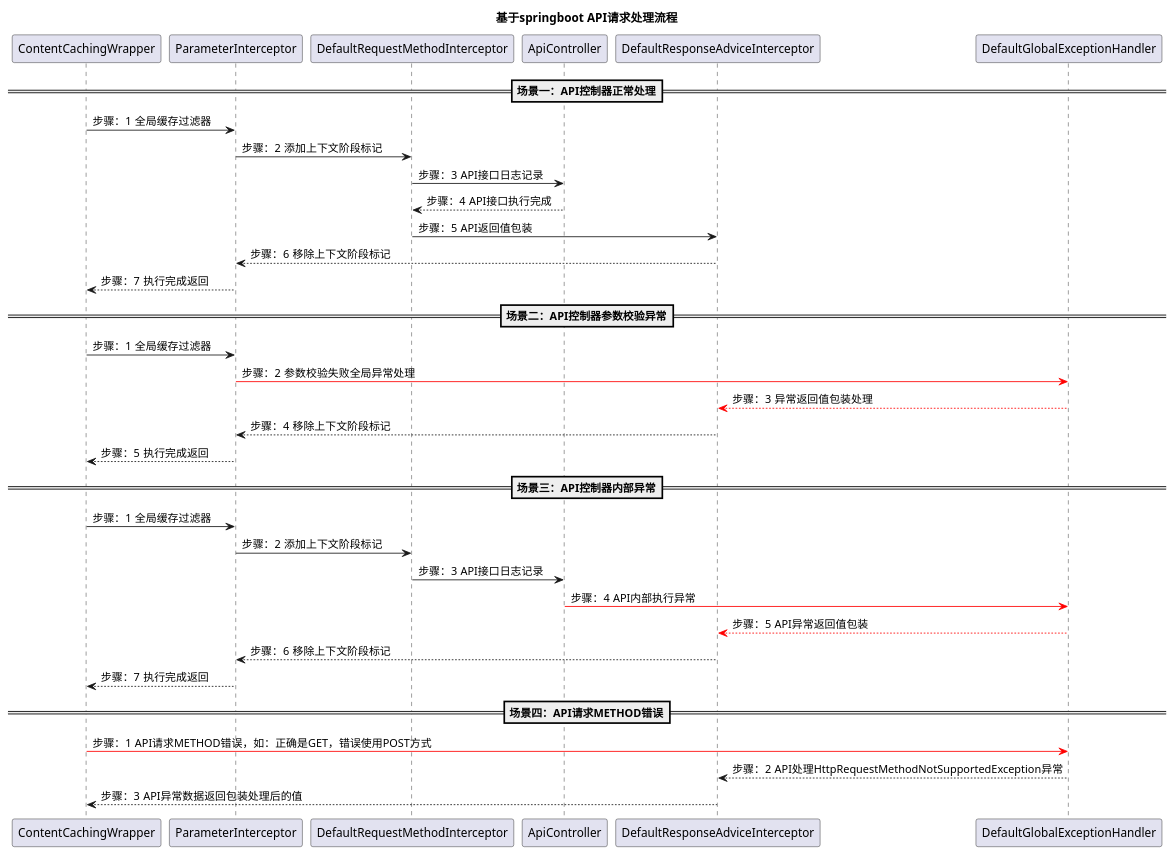
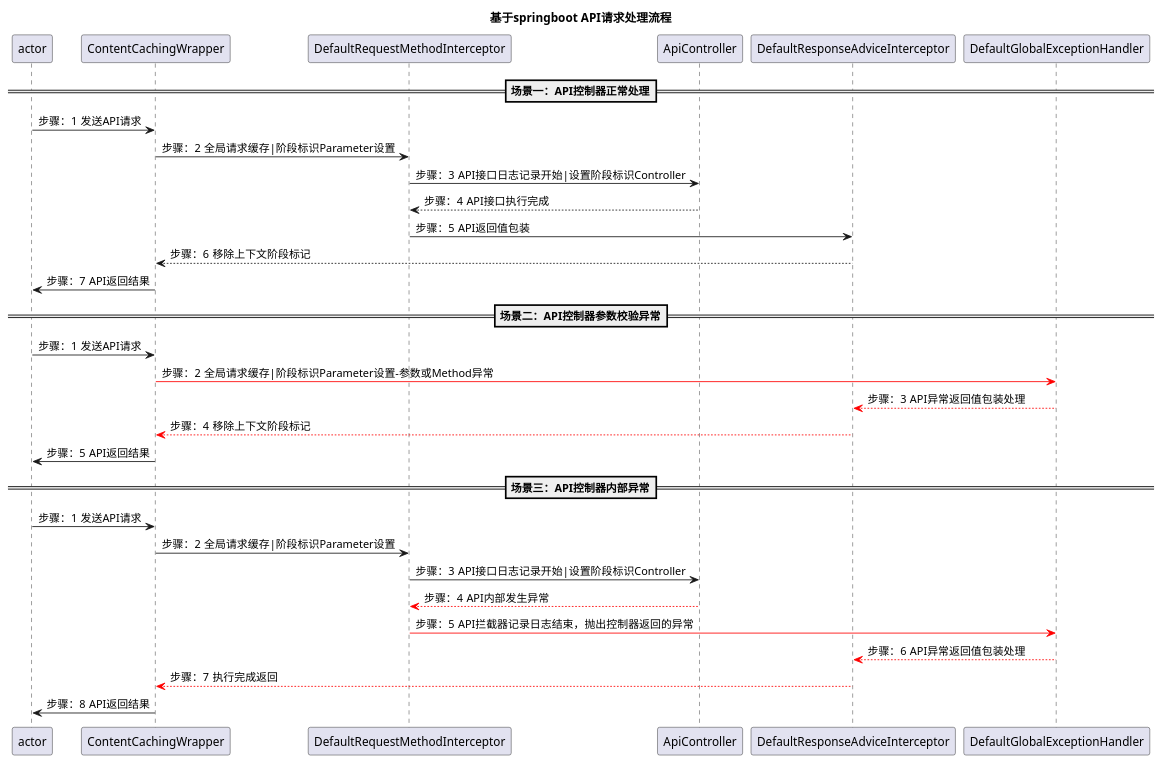
One commit to mingyang66/spring-parent changed the diagram in emily-spring-boot-project/emily-spring-boot-web/README.puml. Above: the diagram before and after it, drawn with PlantUML. The commit also changed 6 other files, not shown here.

```diff
--- a/emily-spring-boot-project/emily-spring-boot-web/README.puml
+++ b/emily-spring-boot-project/emily-spring-boot-web/README.puml
@@ -1,48 +1,41 @@
 @startuml
 'https://plantuml.com/sequence-diagram
 
 autonumber
 title 基于springboot API请求处理流程
 /'
 API控制器正常处理
 '/
 ==场景一：API控制器正常处理==
 autonumber 1 1 "步骤："
-ContentCachingWrapper -> ParameterInterceptor:全局缓存过滤器
-ParameterInterceptor -> DefaultRequestMethodInterceptor:添加上下文阶段标记
-DefaultRequestMethodInterceptor -> ApiController:API接口日志记录
+actor -> ContentCachingWrapper:发送API请求
+ContentCachingWrapper -> DefaultRequestMethodInterceptor:全局请求缓存|阶段标识Parameter设置
+DefaultRequestMethodInterceptor -> ApiController:API接口日志记录开始|设置阶段标识Controller
 DefaultRequestMethodInterceptor <-- ApiController:API接口执行完成
 DefaultResponseAdviceInterceptor <- DefaultRequestMethodInterceptor:API返回值包装
-ParameterInterceptor <-- DefaultResponseAdviceInterceptor:移除上下文阶段标记
-ContentCachingWrapper <-- ParameterInterceptor:执行完成返回
+ContentCachingWrapper <-- DefaultResponseAdviceInterceptor:移除上下文阶段标记
+actor <- ContentCachingWrapper: API返回结果
 /'
 API控制器参数校验异常
 '/
 ==场景二：API控制器参数校验异常==
 autonumber 1 1 "步骤："
-ContentCachingWrapper -> ParameterInterceptor:全局缓存过滤器
-ParameterInterceptor -[#red]> DefaultGlobalExceptionHandler:参数校验失败全局异常处理
-DefaultResponseAdviceInterceptor <-[#red]- DefaultGlobalExceptionHandler:异常返回值包装处理
-ParameterInterceptor <-- DefaultResponseAdviceInterceptor:移除上下文阶段标记
-ContentCachingWrapper <-- ParameterInterceptor:执行完成返回
+actor -> ContentCachingWrapper:发送API请求
+ContentCachingWrapper -[#red]> DefaultGlobalExceptionHandler:全局请求缓存|阶段标识Parameter设置-参数或Method异常
+DefaultResponseAdviceInterceptor <-[#red]- DefaultGlobalExceptionHandler:API异常返回值包装处理
+ContentCachingWrapper <-[#red]- DefaultResponseAdviceInterceptor:移除上下文阶段标记
+actor <- ContentCachingWrapper: API返回结果
 /'
 API控制器内部异常
 '/
 ==场景三：API控制器内部异常==
 autonumber 1 1 "步骤："
-ContentCachingWrapper -> ParameterInterceptor:全局缓存过滤器
-ParameterInterceptor -> DefaultRequestMethodInterceptor:添加上下文阶段标记
-DefaultRequestMethodInterceptor -> ApiController:API接口日志记录
-DefaultGlobalExceptionHandler <[#red]- ApiController:API内部执行异常
-DefaultResponseAdviceInterceptor <[#red]-- DefaultGlobalExceptionHandler:API异常返回值包装
-ParameterInterceptor <-- DefaultResponseAdviceInterceptor:移除上下文阶段标记
-ContentCachingWrapper <-- ParameterInterceptor:执行完成返回
-/'
-API请求METHOD错误
-'/
-==场景四：API请求METHOD错误==
-autonumber 1 1 "步骤："
-ContentCachingWrapper -[#red]> DefaultGlobalExceptionHandler:API请求METHOD错误，如：正确是GET，错误使用POST方式
-DefaultResponseAdviceInterceptor <-- DefaultGlobalExceptionHandler:API处理HttpRequestMethodNotSupportedException异常
-ContentCachingWrapper <-- DefaultResponseAdviceInterceptor:API异常数据返回包装处理后的值
+actor -> ContentCachingWrapper:发送API请求
+ContentCachingWrapper -> DefaultRequestMethodInterceptor:全局请求缓存|阶段标识Parameter设置
+DefaultRequestMethodInterceptor -> ApiController:API接口日志记录开始|设置阶段标识Controller
+DefaultRequestMethodInterceptor <-[#red]- ApiController:API内部发生异常
+DefaultGlobalExceptionHandler <[#red]- DefaultRequestMethodInterceptor:API拦截器记录日志结束，抛出控制器返回的异常
+DefaultResponseAdviceInterceptor <-[#red]- DefaultGlobalExceptionHandler:API异常返回值包装处理
+ContentCachingWrapper <-[#red]- DefaultResponseAdviceInterceptor:执行完成返回
+actor <- ContentCachingWrapper: API返回结果
 @enduml
```
